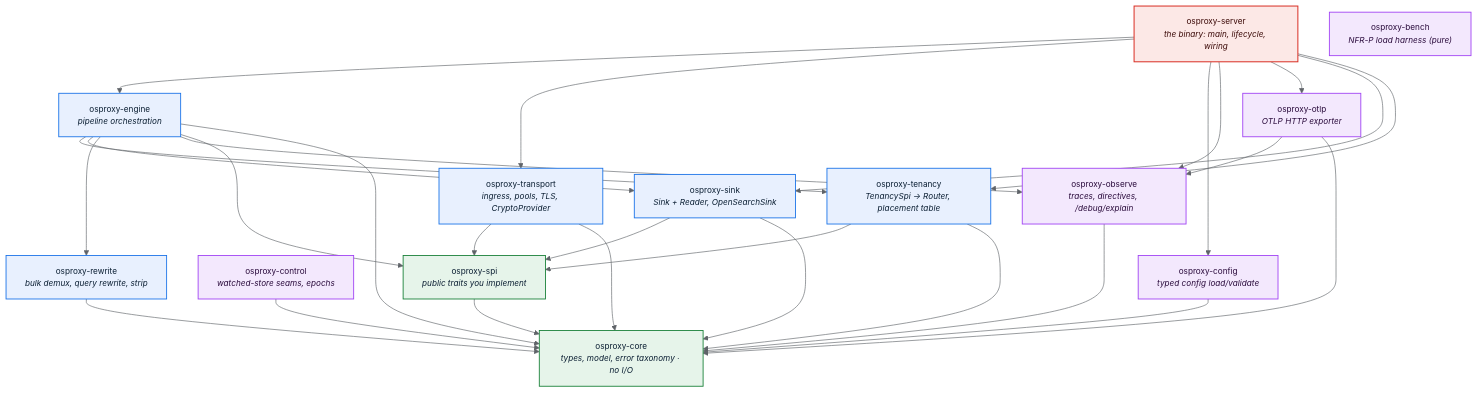
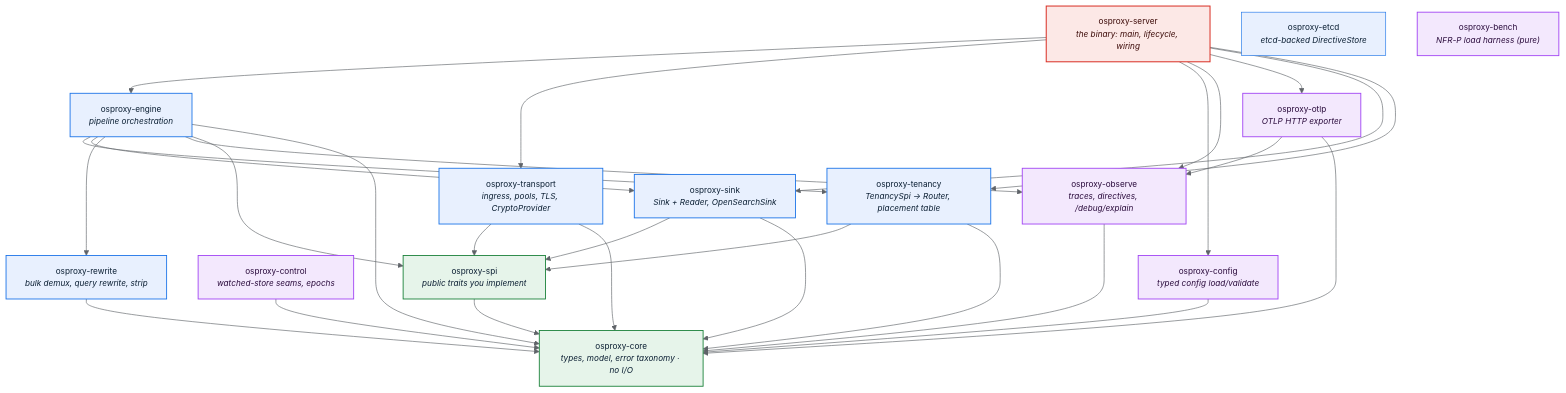
One commit to huyz0/opensearch-proxy changed the diagram in docs/guide/04-components.md. Above: the diagram before and after it, drawn with Mermaid. The commit also changed other lines of this file and 31 other files, not shown here.

First line of the commit message:
feat(observe): etcd directive store + fleet-coherent diagnostic sink

````diff
--- a/docs/guide/04-components.md
+++ b/docs/guide/04-components.md
@@ -10,38 +10,39 @@
 ```mermaid
 %%{init: {'theme':'base','themeVariables':{'primaryColor':'#e8f0fe','primaryTextColor':'#0b1f33','primaryBorderColor':'#1a73e8','lineColor':'#5f6368','fontSize':'13px'}}}%%
 flowchart TB
     server["osproxy-server<br/><i>the binary: main, lifecycle, wiring</i>"]
     engine["osproxy-engine<br/><i>pipeline orchestration</i>"]
     transport["osproxy-transport<br/><i>ingress, pools, TLS, CryptoProvider</i>"]
     sink["osproxy-sink<br/><i>Sink + Reader, OpenSearchSink</i>"]
     rewrite["osproxy-rewrite<br/><i>bulk demux, query rewrite, strip</i>"]
     tenancy["osproxy-tenancy<br/><i>TenancySpi → Router, placement table</i>"]
     observe["osproxy-observe<br/><i>traces, directives, /debug/explain</i>"]
     control["osproxy-control<br/><i>watched-store seams, epochs</i>"]
     otlp["osproxy-otlp<br/><i>OTLP HTTP exporter</i>"]
+    etcd["osproxy-etcd<br/><i>etcd-backed DirectiveStore</i>"]
     config["osproxy-config<br/><i>typed config load/validate</i>"]
     spi["osproxy-spi<br/><i>public traits you implement</i>"]
     core["osproxy-core<br/><i>types, model, error taxonomy · no I/O</i>"]
     bench["osproxy-bench<br/><i>NFR-P load harness (pure)</i>"]
 
     server --> engine & transport & config & observe & otlp & sink & tenancy
     engine --> tenancy & sink & rewrite & observe & spi & core
     tenancy --> spi & core
     transport --> spi & core
     sink --> spi & core
     rewrite --> core
     observe --> core
     control --> core
     otlp --> observe & core
     config --> core
     spi --> core
 
     classDef bin fill:#fce8e6,stroke:#d93025,stroke-width:1.6px,color:#3c0a08;
     classDef mid fill:#e8f0fe,stroke:#1a73e8,stroke-width:1.4px,color:#0b1f33;
     classDef base fill:#e6f4ea,stroke:#188038,stroke-width:1.4px,color:#0b1f33;
     classDef aux fill:#f3e8fd,stroke:#a142f4,stroke-width:1.4px,color:#2a0b3c;
     class server bin;
     class engine,transport,sink,rewrite,tenancy mid;
     class spi,core base;
     class observe,control,otlp,config,bench aux;
 ```
````
